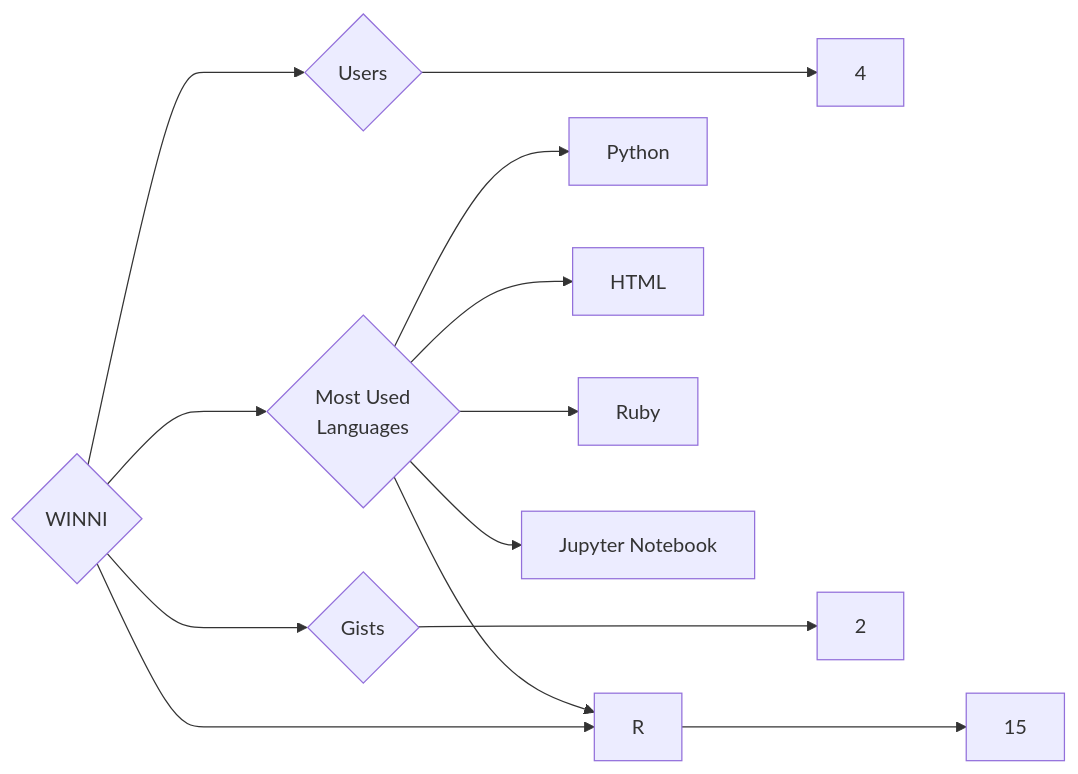
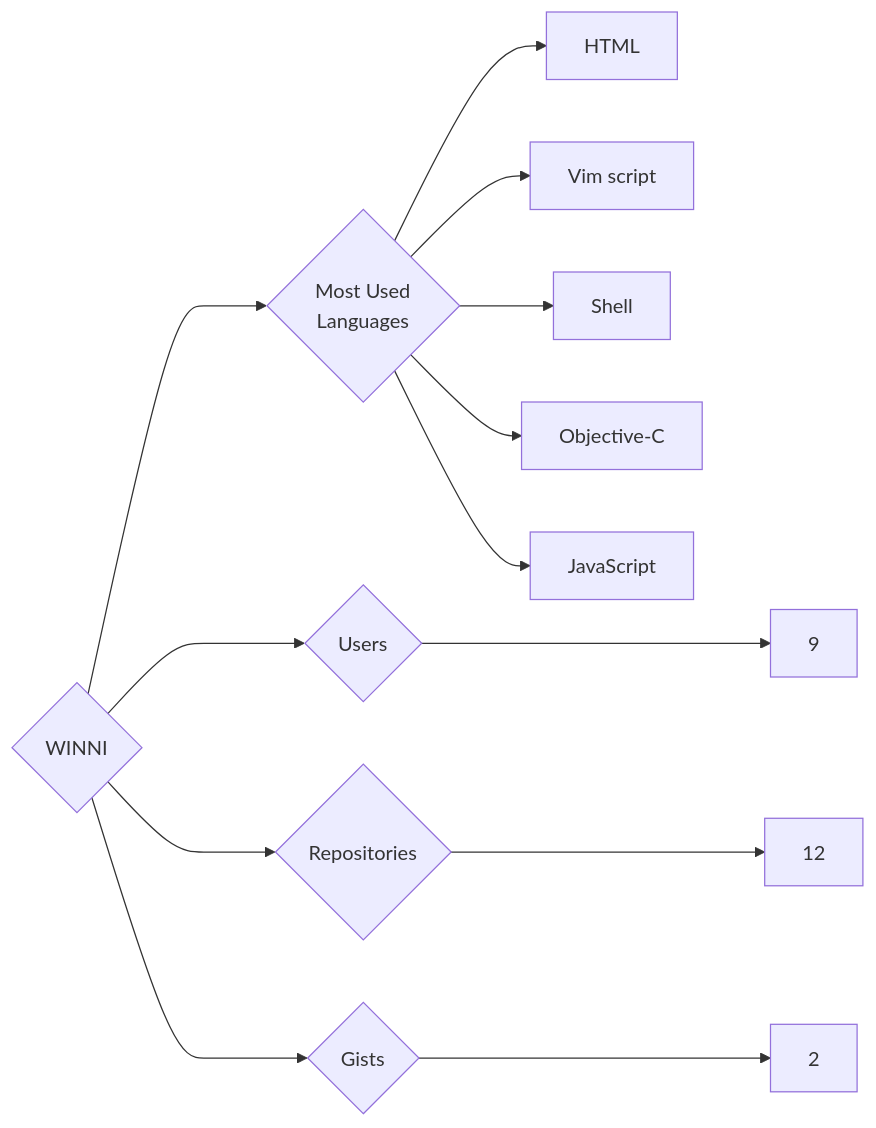
Before and after one commit to trickest/insiders: the diagram in targets/WINNI/README.md, drawn with Mermaid. The commit also changed 839 other files, not shown here.

````diff
--- a/targets/WINNI/README.md
+++ b/targets/WINNI/README.md
@@ -3,13 +3,13 @@
 ```mermaid
 graph LR
 COMPANY_NAME{WINNI}
-COMPANY_NAME ---> U{Users} ---> UN[4]
-COMPANY_NAME ---> R{Repositories} ---> RN[15]
+COMPANY_NAME ---> U{Users} ---> UN[9]
+COMPANY_NAME ---> R{Repositories} ---> RN[12]
 COMPANY_NAME ---> G{Gists} ---> GN[2]
 COMPANY_NAME ---> ML{Most Used<br>Languages}
-ML --> Python[Python]
-ML --> R[R]
 ML --> HTML[HTML]
-ML --> Ruby[Ruby]
-ML --> Jupyter_Notebook[Jupyter Notebook]
+ML --> Vim_script[Vim script]
+ML --> Shell[Shell]
+ML --> Objective-C[Objective-C]
+ML --> JavaScript[JavaScript]
 ```
````
